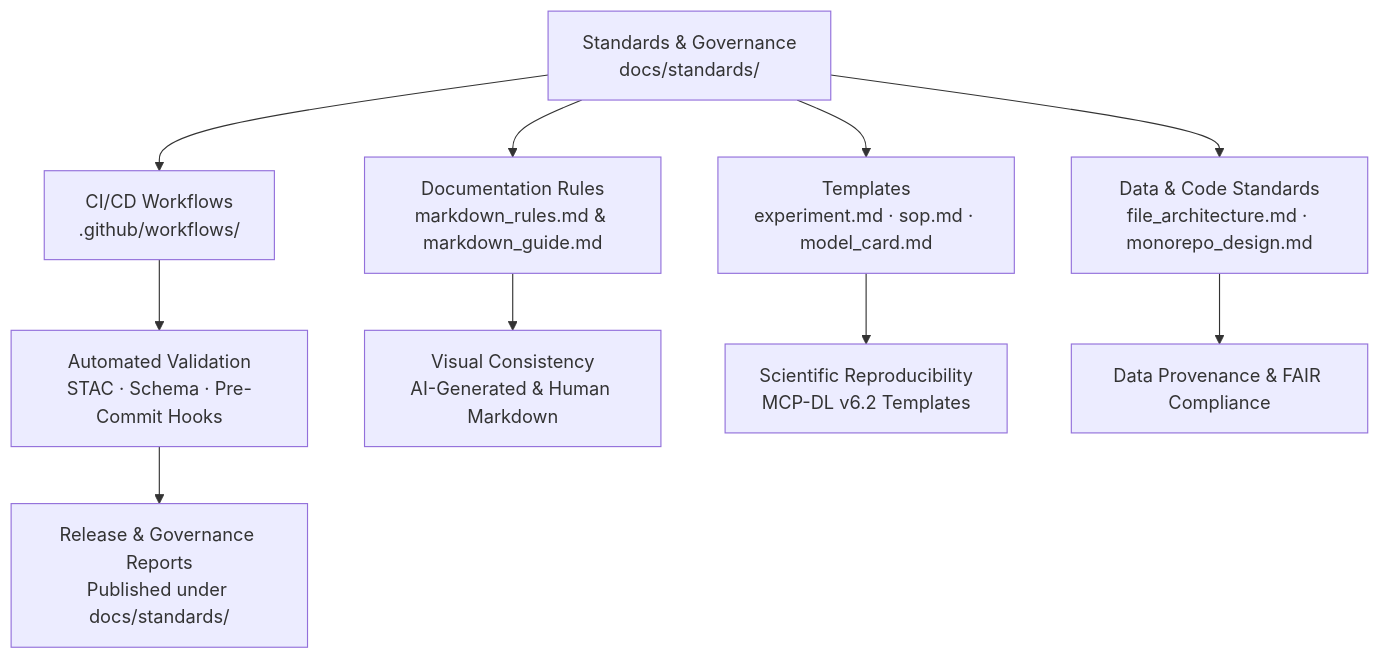
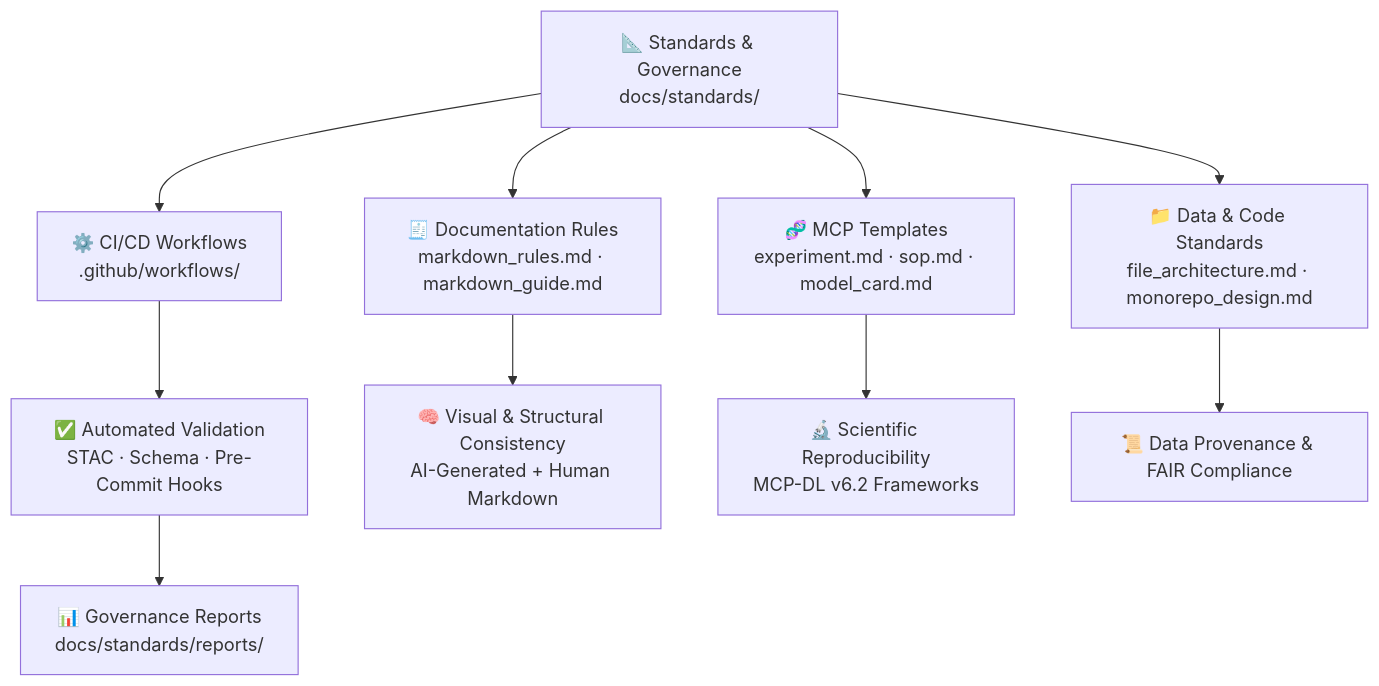
The diagram in docs/standards/README.md (bartytime4life/Kansas-Frontier-Matrix), drawn with Mermaid before and after one commit. The commit also changed other lines of this file, not shown here.

First line of the commit message:
Revise README for Standards & Governance clarity

`````diff
--- a/docs/standards/README.md
+++ b/docs/standards/README.md
@@ -39,12 +43,12 @@
 ```mermaid
 flowchart TD
-  A["Standards & Governance<br/>docs/standards/"] --> B["CI/CD Workflows<br/>.github/workflows/"]
-  A --> C["Documentation Rules<br/>markdown_rules.md & markdown_guide.md"]
-  A --> D["Templates<br/>experiment.md · sop.md · model_card.md"]
-  A --> E["Data & Code Standards<br/>file_architecture.md · monorepo_design.md"]
-  B --> F["Automated Validation<br/>STAC · Schema · Pre-Commit Hooks"]
-  C --> G["Visual Consistency<br/>AI-Generated & Human Markdown"]
-  D --> H["Scientific Reproducibility<br/>MCP-DL v6.2 Templates"]
-  E --> I["Data Provenance & FAIR Compliance"]
-  F --> J["Release & Governance Reports<br/>Published under docs/standards/"]
+  A["📐 Standards & Governance<br/>docs/standards/"] --> B["⚙️ CI/CD Workflows<br/>.github/workflows/"]
+  A --> C["🧾 Documentation Rules<br/>markdown_rules.md · markdown_guide.md"]
+  A --> D["🧬 MCP Templates<br/>experiment.md · sop.md · model_card.md"]
+  A --> E["📁 Data & Code Standards<br/>file_architecture.md · monorepo_design.md"]
+  B --> F["✅ Automated Validation<br/>STAC · Schema · Pre-Commit Hooks"]
+  C --> G["🧠 Visual & Structural Consistency<br/>AI-Generated + Human Markdown"]
+  D --> H["🔬 Scientific Reproducibility<br/>MCP-DL v6.2 Frameworks"]
+  E --> I["📜 Data Provenance & FAIR Compliance"]
+  F --> J["📊 Governance Reports<br/>docs/standards/reports/"]
 ````
`````
